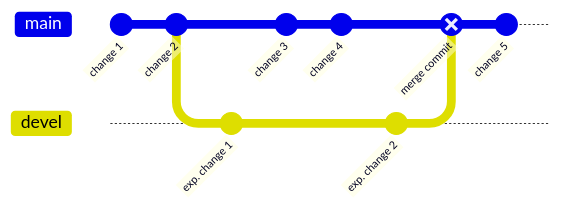
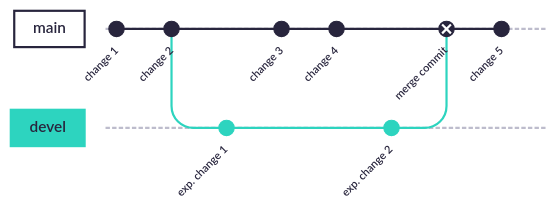
One commit to abilandz/NAT3054 changed diagram 18 of 24 in src/git.md. Above: the diagram before and after it, drawn with Mermaid. The commit also changed other lines of this file, not shown here.

Commit message:
switch to redux-color theme in gitGraphs, for better visibility in MkDocs

````diff
--- a/src/git.md
+++ b/src/git.md
@@ -1374,15 +1398,18 @@
 ```mermaid
-	gitGraph
-       commit id: "change 1"
-       commit id: "change 2"
-       branch devel
-       commit id: "exp. change 1"
-       checkout main
-       commit id: "change 3"
-       commit id: "change 4"
-       checkout devel
-	   commit id: "exp. change 2"
-       checkout main
-       merge devel id: "merge commit" type: REVERSE
-       commit id: "change 5"
+%%{init: {
+  'theme': 'redux-color'
+}}%%
+gitGraph
+   commit id: "change 1"
+   commit id: "change 2"
+   branch devel
+   commit id: "exp. change 1"
+   checkout main
+   commit id: "change 3"
+   commit id: "change 4"
+   checkout devel
+   commit id: "exp. change 2"
+   checkout main
+   merge devel id: "merge commit" type: REVERSE
+   commit id: "change 5"
 ```
````
